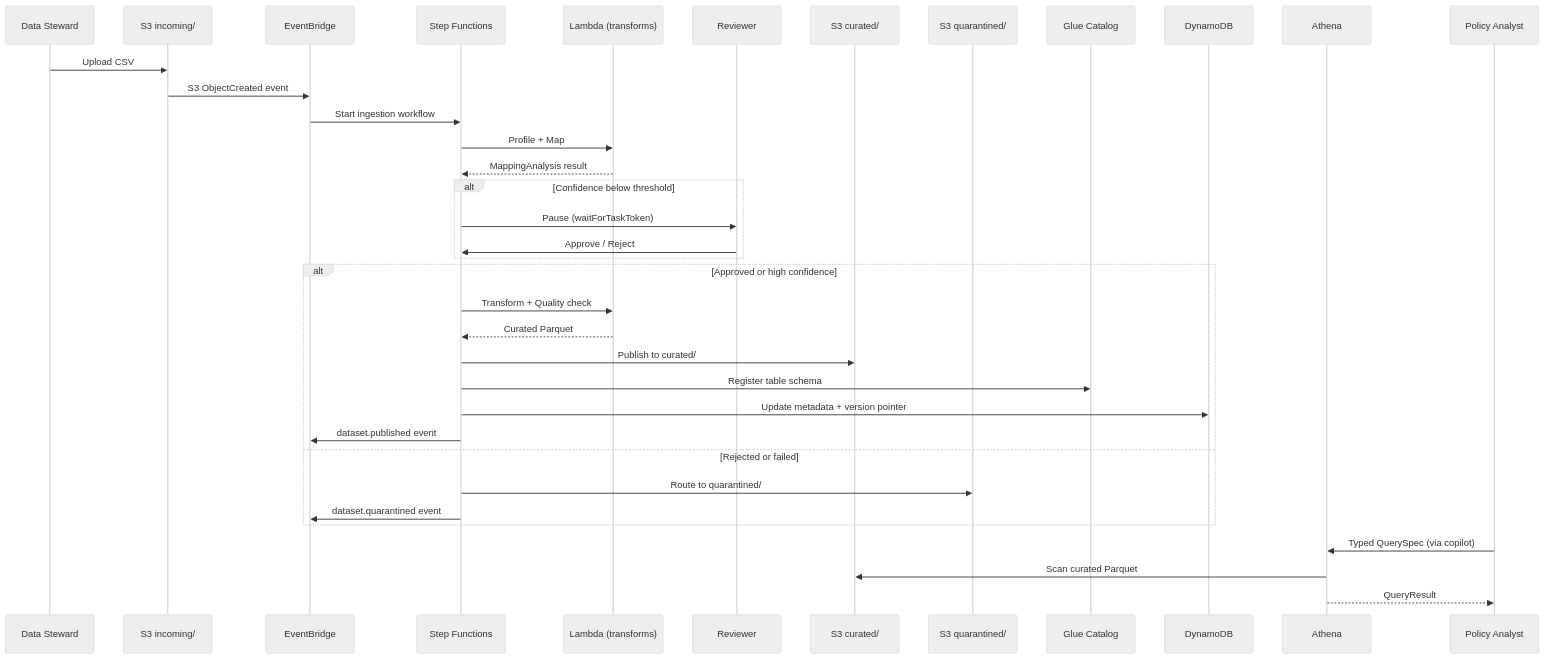
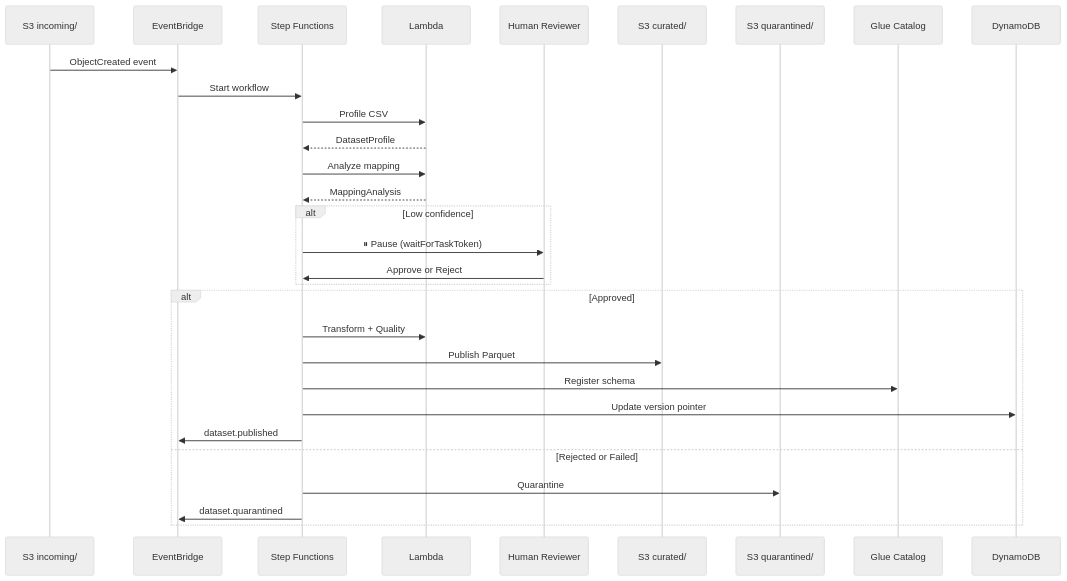
Before and after one commit to rexw713ss/aws_smartcity_hackathon: the second of 3 diagrams in docs/aws-architecture.md, drawn with Mermaid (neutral theme). The commit also changed other lines of this file, not shown here.

Commit message:
Simplify AWS architecture diagram to services only

````diff
--- a/docs/aws-architecture.md
+++ b/docs/aws-architecture.md
@@ -182,42 +97,35 @@
 ```mermaid
 sequenceDiagram
-    participant Steward as Data Steward
     participant S3In as S3 incoming/
     participant EB as EventBridge
     participant SFN as Step Functions
-    participant Lambda as Lambda (transforms)
-    participant Reviewer as Reviewer
+    participant Lambda as Lambda
+    participant Reviewer as Human Reviewer
     participant S3Cur as S3 curated/
     participant S3Qua as S3 quarantined/
     participant Glue as Glue Catalog
     participant DDB as DynamoDB
-    participant Athena as Athena
-    participant Analyst as Policy Analyst
 
-    Steward->>S3In: Upload CSV
-    S3In->>EB: S3 ObjectCreated event
-    EB->>SFN: Start ingestion workflow
-    SFN->>Lambda: Profile + Map
-    Lambda-->>SFN: MappingAnalysis result
+    S3In->>EB: ObjectCreated event
+    EB->>SFN: Start workflow
+    SFN->>Lambda: Profile CSV
+    Lambda-->>SFN: DatasetProfile
+    SFN->>Lambda: Analyze mapping
+    Lambda-->>SFN: MappingAnalysis
 
-    alt Confidence below threshold
-        SFN->>Reviewer: Pause (waitForTaskToken)
-        Reviewer->>SFN: Approve / Reject
+    alt Low confidence
+        SFN->>Reviewer: ⏸ Pause (waitForTaskToken)
+        Reviewer->>SFN: Approve or Reject
     end
 
-    alt Approved or high confidence
-        SFN->>Lambda: Transform + Quality check
-        Lambda-->>SFN: Curated Parquet
-        SFN->>S3Cur: Publish to curated/
-        SFN->>Glue: Register table schema
-        SFN->>DDB: Update metadata + version pointer
-        SFN->>EB: dataset.published event
-    else Rejected or failed
-        SFN->>S3Qua: Route to quarantined/
-        SFN->>EB: dataset.quarantined event
+    alt Approved
+        SFN->>Lambda: Transform + Quality
+        SFN->>S3Cur: Publish Parquet
+        SFN->>Glue: Register schema
+        SFN->>DDB: Update version pointer
+        SFN->>EB: dataset.published
+    else Rejected or Failed
+        SFN->>S3Qua: Quarantine
+        SFN->>EB: dataset.quarantined
     end
-
-    Analyst->>Athena: Typed QuerySpec (via copilot)
-    Athena->>S3Cur: Scan curated Parquet
-    Athena-->>Analyst: QueryResult
 ```
````
